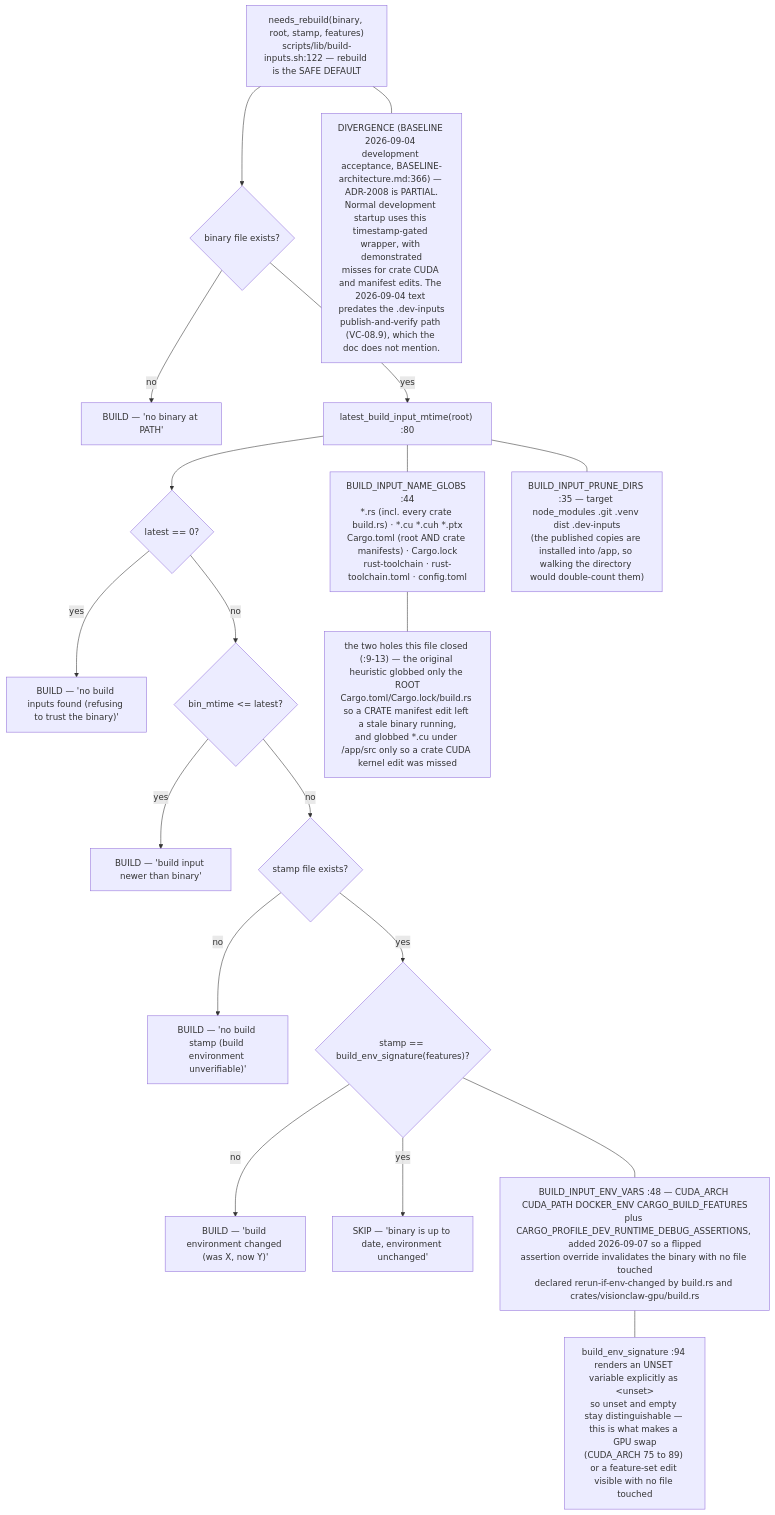
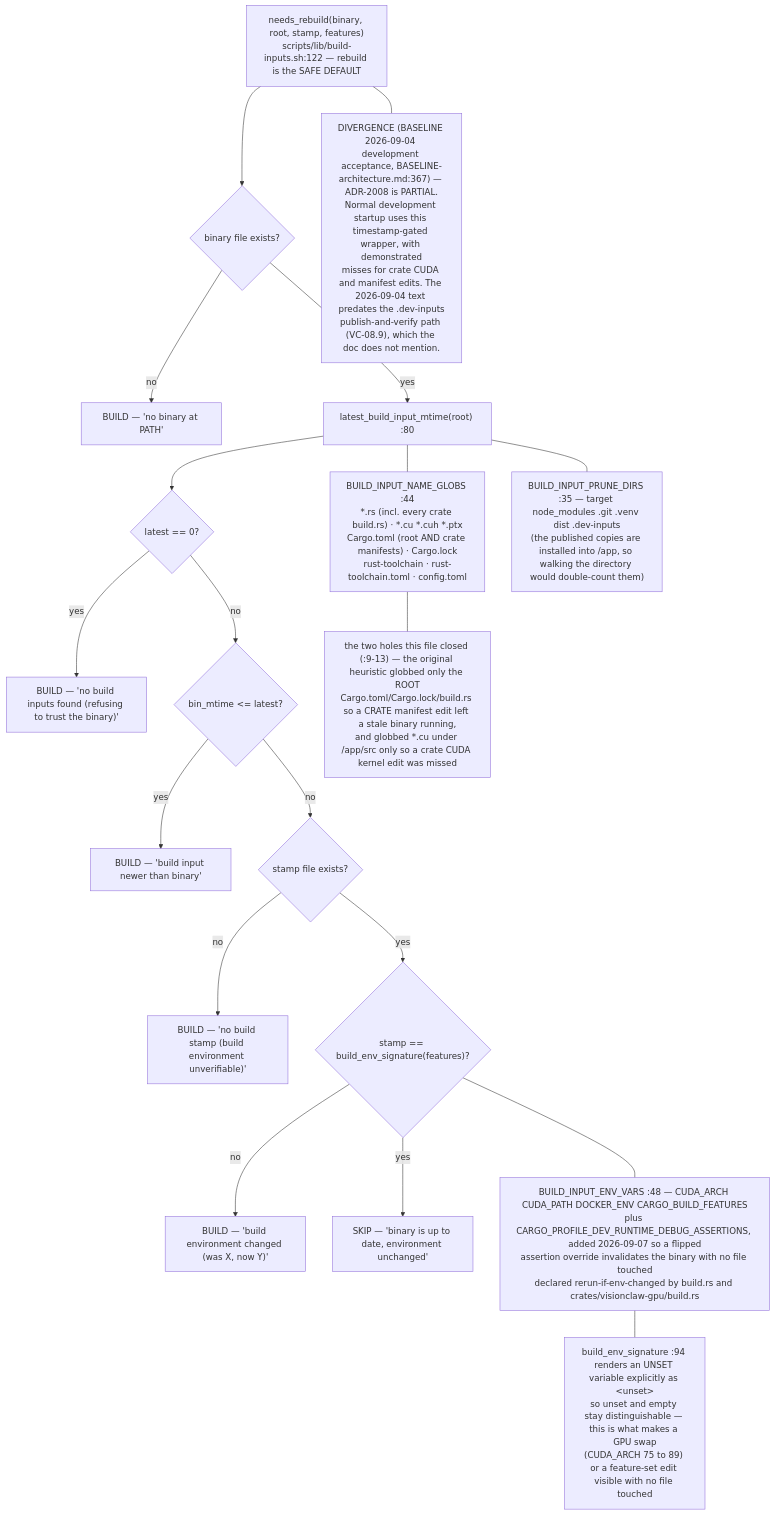
The seventh of 9 diagrams in docs/diagrams/visionclaw/08-observability-health-and-dev-loop.md (DreamLab-AI/VisionFlow), drawn with Mermaid before and after one commit. The commit also changed other lines of this file and 151 other files, not shown here.

````diff
--- a/docs/diagrams/visionclaw/08-observability-health-and-dev-loop.md
+++ b/docs/diagrams/visionclaw/08-observability-health-and-dev-loop.md
@@ -254,28 +254,28 @@
 ```mermaid
 flowchart TB
     NR["needs_rebuild(binary, root, stamp, features)<br/>scripts/lib/build-inputs.sh:122 — rebuild is the SAFE DEFAULT"]
     NR --> C1{"binary file exists?"}
     C1 -->|no| B1["BUILD — 'no binary at PATH'"]
     C1 -->|yes| C2["latest_build_input_mtime(root) :80"]
     C2 --> C3{"latest == 0?"}
     C3 -->|yes| B2["BUILD — 'no build inputs found (refusing to trust the binary)'"]
     C3 -->|no| C4{"bin_mtime <= latest?"}
     C4 -->|yes| B3["BUILD — 'build input newer than binary'"]
     C4 -->|no| C5{"stamp file exists?"}
     C5 -->|no| B4["BUILD — 'no build stamp (build environment unverifiable)'"]
     C5 -->|yes| C6{"stamp == build_env_signature(features)?"}
     C6 -->|no| B5["BUILD — 'build environment changed (was X, now Y)'"]
     C6 -->|yes| SK["SKIP — 'binary is up to date, environment unchanged'"]
     GLOB["BUILD_INPUT_NAME_GLOBS :44<br/>*.rs (incl. every crate build.rs) · *.cu *.cuh *.ptx<br/>Cargo.toml (root AND crate manifests) · Cargo.lock<br/>rust-toolchain · rust-toolchain.toml · config.toml"]
     PRUNE["BUILD_INPUT_PRUNE_DIRS :35 — target node_modules .git .venv dist .dev-inputs<br/>(the published copies are installed into /app, so walking the directory would double-count them)"]
     ENVV["BUILD_INPUT_ENV_VARS :48 — CUDA_ARCH CUDA_PATH DOCKER_ENV CARGO_BUILD_FEATURES<br/>plus CARGO_PROFILE_DEV_RUNTIME_DEBUG_ASSERTIONS, added 2026-09-07 so a flipped<br/>assertion override invalidates the binary with no file touched<br/>declared rerun-if-env-changed by build.rs and crates/visionclaw-gpu/build.rs"]
     C2 --- GLOB
     C2 --- PRUNE
     C6 --- ENVV
     SIG["build_env_signature :94 renders an UNSET variable explicitly as &lt;unset&gt;<br/>so unset and empty stay distinguishable — this is what makes a GPU swap<br/>(CUDA_ARCH 75 to 89) or a feature-set edit visible with no file touched"]
     ENVV --- SIG
     HOLES["the two holes this file closed (:9-13) — the original heuristic globbed only the ROOT<br/>Cargo.toml/Cargo.lock/build.rs so a CRATE manifest edit left a stale binary running,<br/>and globbed *.cu under /app/src only so a crate CUDA kernel edit was missed"]
     GLOB --- HOLES
-    DIV["DIVERGENCE (BASELINE 2026-09-04 development acceptance, BASELINE-architecture.md:366) — ADR-2008 is PARTIAL.<br/>Normal development startup uses this timestamp-gated wrapper, with demonstrated<br/>misses for crate CUDA and manifest edits. The 2026-09-04 text predates the .dev-inputs<br/>publish-and-verify path (VC-08.9), which the doc does not mention."]
+    DIV["DIVERGENCE (BASELINE 2026-09-04 development acceptance, BASELINE-architecture.md:367) — ADR-2008 is PARTIAL.<br/>Normal development startup uses this timestamp-gated wrapper, with demonstrated<br/>misses for crate CUDA and manifest edits. The 2026-09-04 text predates the .dev-inputs<br/>publish-and-verify path (VC-08.9), which the doc does not mention."]
     NR --- DIV
 ```
````
